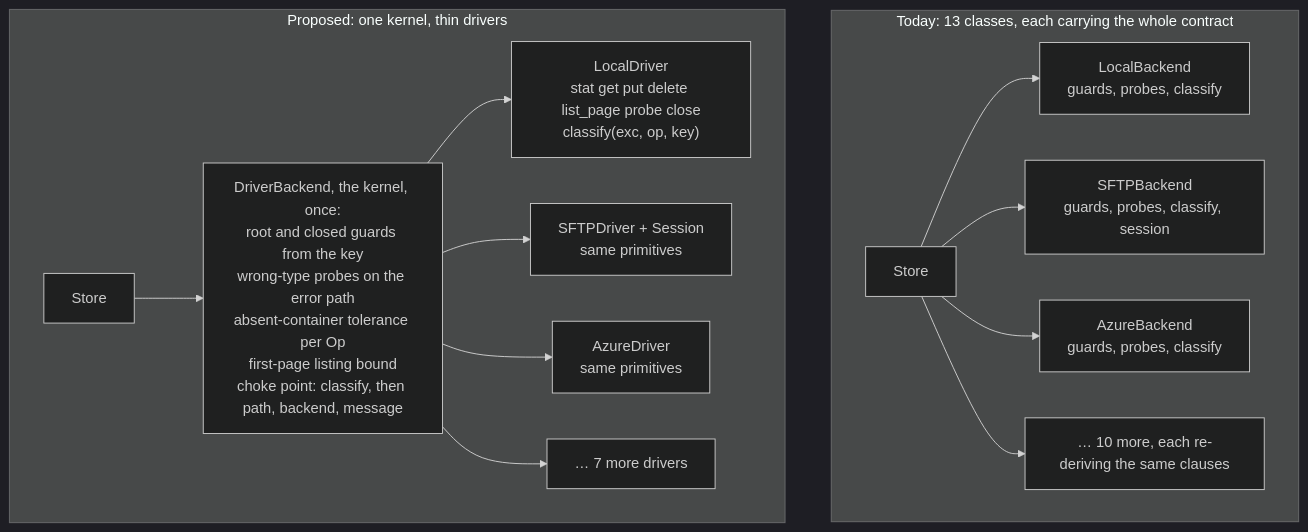
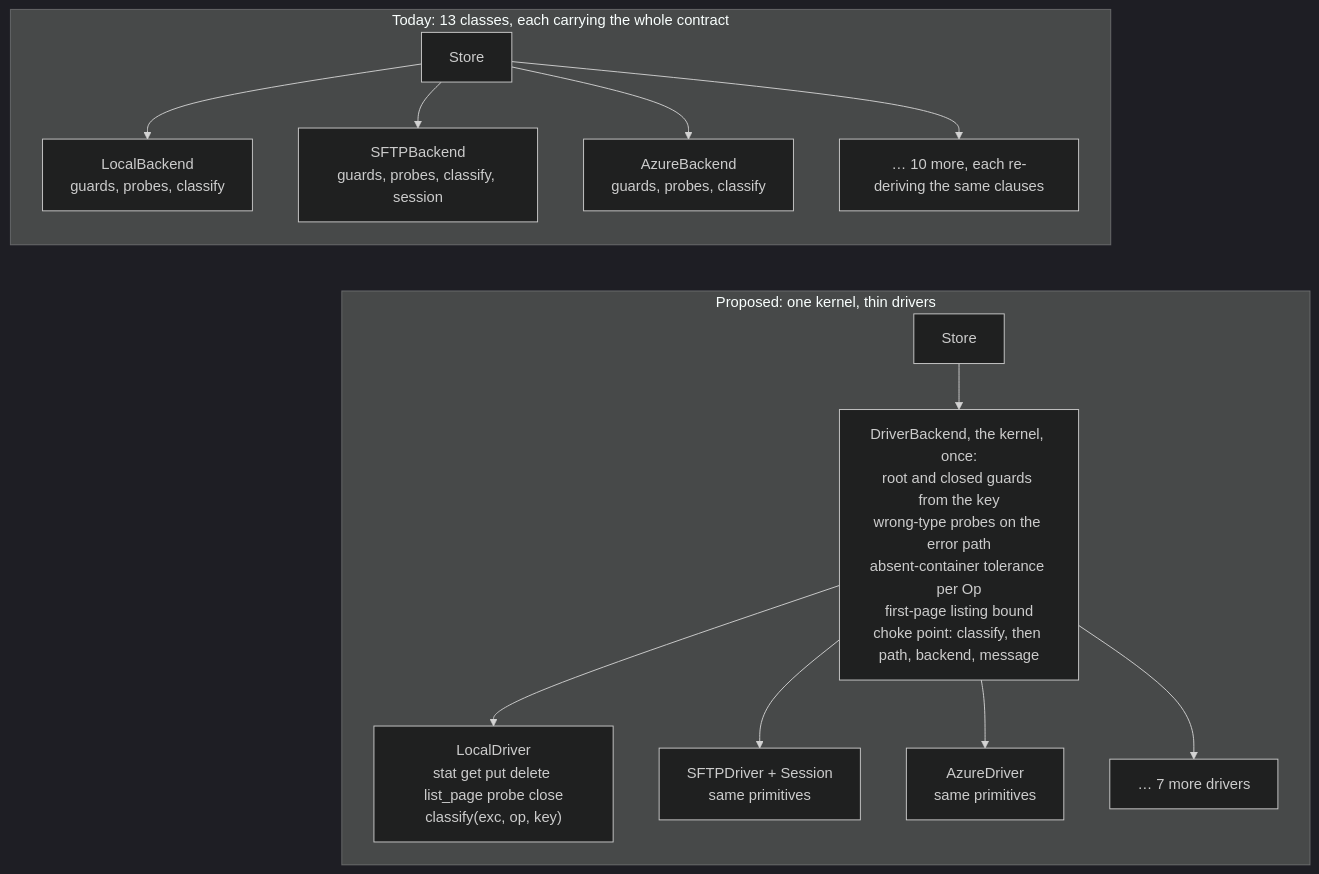
Before and after one commit to haalfi/remote-store: the first of 2 diagrams in sdd/rfcs/rfc-0017-contract-kernel-over-thin-drivers.md, drawn with Mermaid (dark theme).

Commit message:
RFC-0017: lay the before-and-after figure out today-first
An invisible link orders the two subgraphs so the reader meets today's placement before the proposal; re-rendered in headless Chromium.

Claude-Session: https://claude.ai/code/session_01WtnSC89LsxCzuUjhD1q6Y9

````diff
--- a/sdd/rfcs/rfc-0017-contract-kernel-over-thin-drivers.md
+++ b/sdd/rfcs/rfc-0017-contract-kernel-over-thin-drivers.md
@@ -97,16 +97,17 @@
 ```mermaid
 graph TB
   subgraph today["Today: 13 classes, each carrying the whole contract"]
     S1[Store] --> B1["LocalBackend<br/>guards, probes, classify"]
     S1 --> B2["SFTPBackend<br/>guards, probes, classify, session"]
     S1 --> B3["AzureBackend<br/>guards, probes, classify"]
     S1 --> B4["… 10 more, each re-deriving the same clauses"]
   end
   subgraph proposed["Proposed: one kernel, thin drivers"]
     S2[Store] --> K["DriverBackend, the kernel, once:<br/>root and closed guards from the key<br/>wrong-type probes on the error path<br/>absent-container tolerance per Op<br/>first-page listing bound<br/>choke point: classify, then path, backend, message"]
     K --> D1["LocalDriver<br/>stat get put delete list_page probe close<br/>classify(exc, op, key)"]
     K --> D2["SFTPDriver + Session<br/>same primitives"]
     K --> D3["AzureDriver<br/>same primitives"]
     K --> D4["… 7 more drivers"]
   end
+  B4 ~~~ S2
 ```
````
